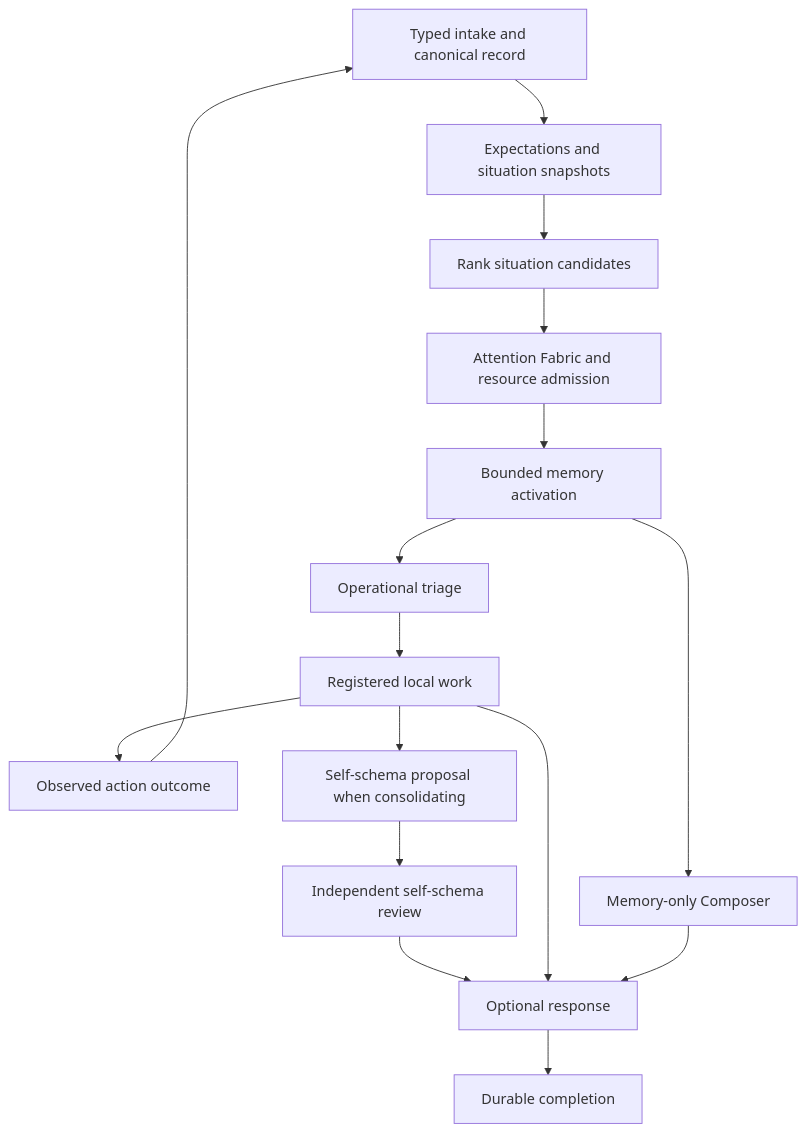
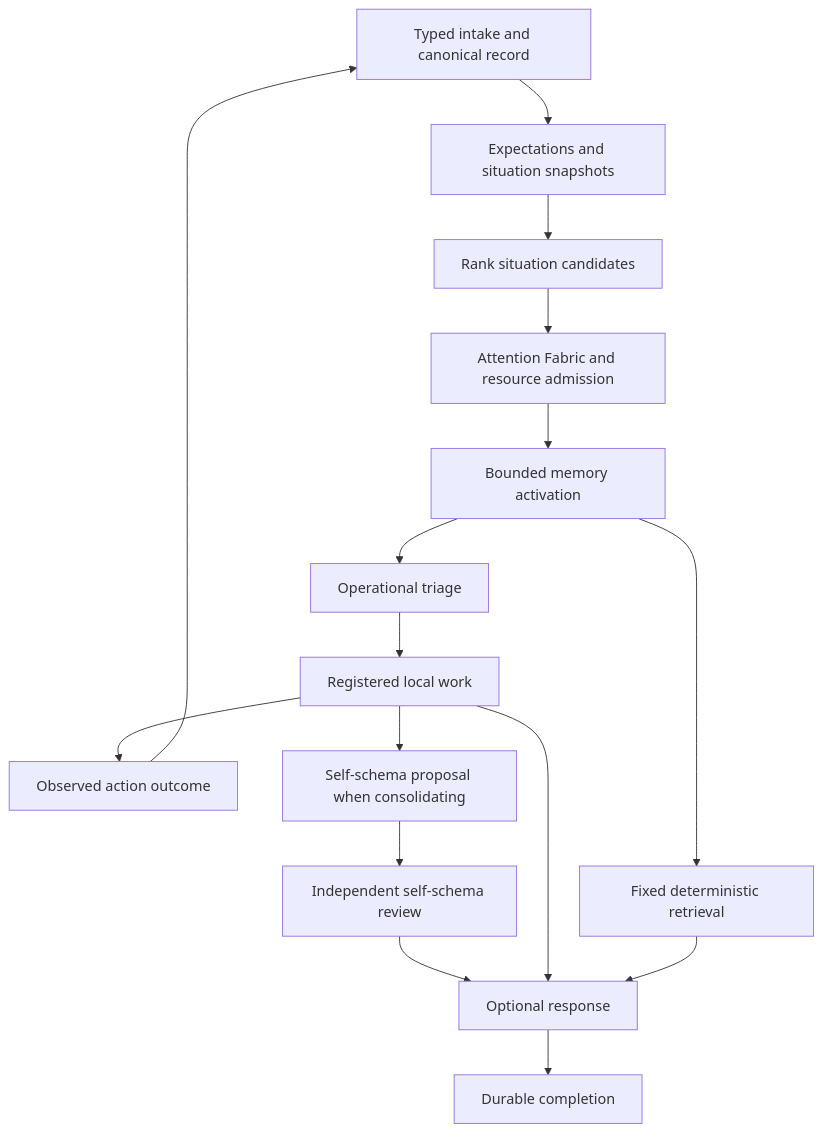
Before and after one commit to wtvr-guy/prometheist: the diagram in docs/architecture/SITUATION_COGNITION.md, drawn with Mermaid. The commit also changed other lines of this file and 26 other files, not shown here.

````diff
--- a/docs/architecture/SITUATION_COGNITION.md
+++ b/docs/architecture/SITUATION_COGNITION.md
@@ -9,18 +9,18 @@
 ```mermaid
 flowchart TD
     A[Typed intake and canonical record] --> B[Expectations and situation snapshots]
     B --> C[Rank situation candidates]
     C --> D[Attention Fabric and resource admission]
     D --> E[Bounded memory activation]
     E --> F[Operational triage]
     F --> G[Registered local work]
     G --> H[Observed action outcome]
     H --> A
     G --> SR1[Self-schema proposal when consolidating]
     SR1 --> SR2[Independent self-schema review]
     SR2 --> I[Optional response]
     G --> I
-    E --> J[Memory-only Composer]
+    E --> J[Fixed deterministic retrieval]
     J --> I
     I --> K[Durable completion]
 ```
````
